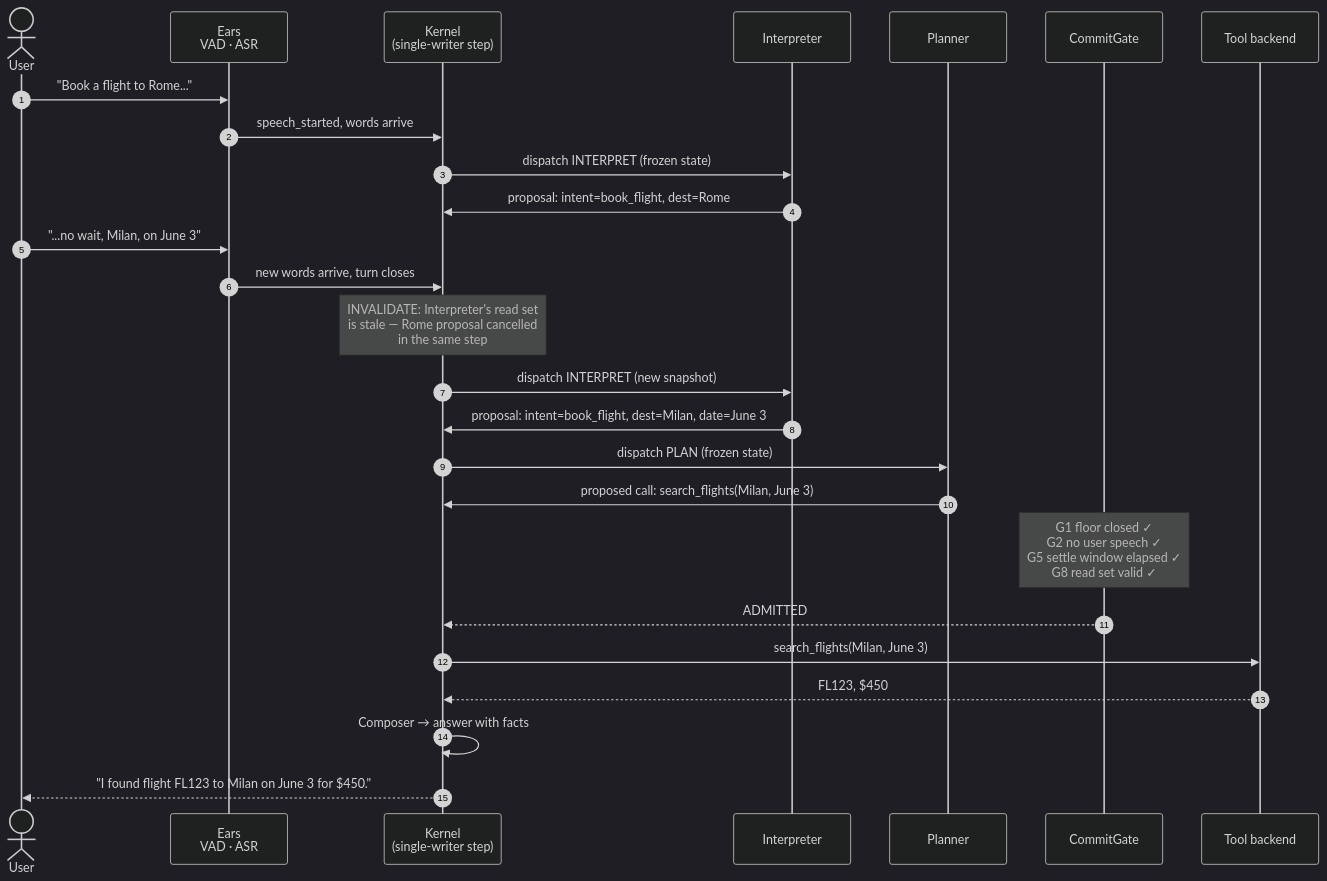
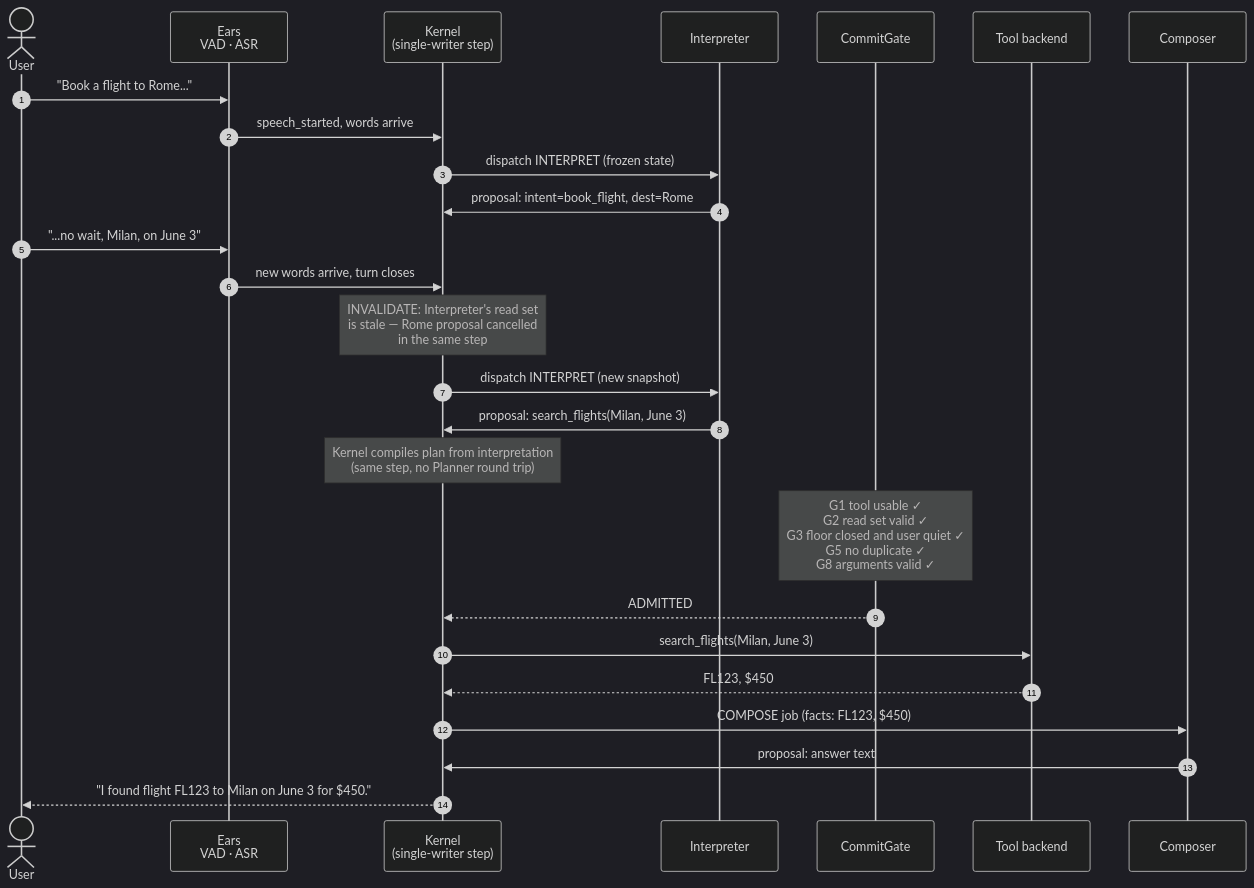
The fourth of 7 diagrams in README.md (AdithyaSanthosh-P/Janus), drawn with Mermaid (dark theme) before and after one commit. The commit also changed other lines of this file, not shown here.

````diff
--- a/README.md
+++ b/README.md
@@ -149,31 +242,30 @@
 ```mermaid
 sequenceDiagram
     autonumber
     actor User
     participant Ears as Ears<br/>VAD · ASR
     participant Kernel as Kernel<br/>(single-writer step)
     participant Interp as Interpreter
-    participant Planner as Planner
     participant Gate as CommitGate
     participant Tools as Tool backend
+    participant Composer as Composer
 
     User->>Ears: "Book a flight to Rome..."
     Ears->>Kernel: speech_started, words arrive
     Kernel->>Interp: dispatch INTERPRET (frozen state)
     Interp->>Kernel: proposal: intent=book_flight, dest=Rome
 
     User->>Ears: "...no wait, Milan, on June 3"
     Ears->>Kernel: new words arrive, turn closes
     Note over Kernel: INVALIDATE: Interpreter's read set<br/>is stale — Rome proposal cancelled<br/>in the same step
     Kernel->>Interp: dispatch INTERPRET (new snapshot)
-    Interp->>Kernel: proposal: intent=book_flight, dest=Milan, date=June 3
-
-    Kernel->>Planner: dispatch PLAN (frozen state)
-    Planner->>Kernel: proposed call: search_flights(Milan, June 3)
-    Note over Gate: G1 floor closed ✓<br/>G2 no user speech ✓<br/>G5 settle window elapsed ✓<br/>G8 read set valid ✓
+    Interp->>Kernel: proposal: search_flights(Milan, June 3)
+    Note over Kernel: Kernel compiles plan from interpretation<br/>(same step, no Planner round trip)
+    Note over Gate: G1 tool usable ✓<br/>G2 read set valid ✓<br/>G3 floor closed and user quiet ✓<br/>G5 no duplicate ✓<br/>G8 arguments valid ✓
     Gate-->>Kernel: ADMITTED
     Kernel->>Tools: search_flights(Milan, June 3)
     Tools-->>Kernel: FL123, $450
-    Kernel->>Kernel: Composer → answer with facts
+    Kernel->>Composer: COMPOSE job (facts: FL123, $450)
+    Composer->>Kernel: proposal: answer text
     Kernel-->>User: "I found flight FL123 to Milan on June 3 for $450."
 ```
````
